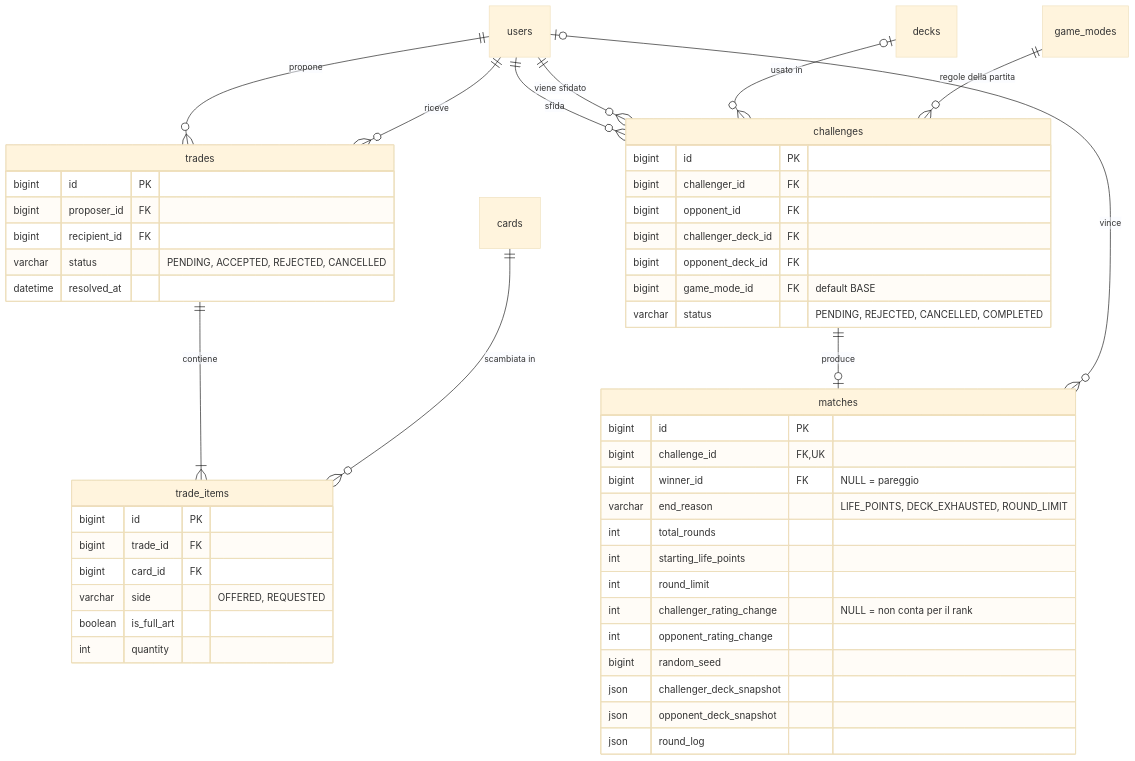
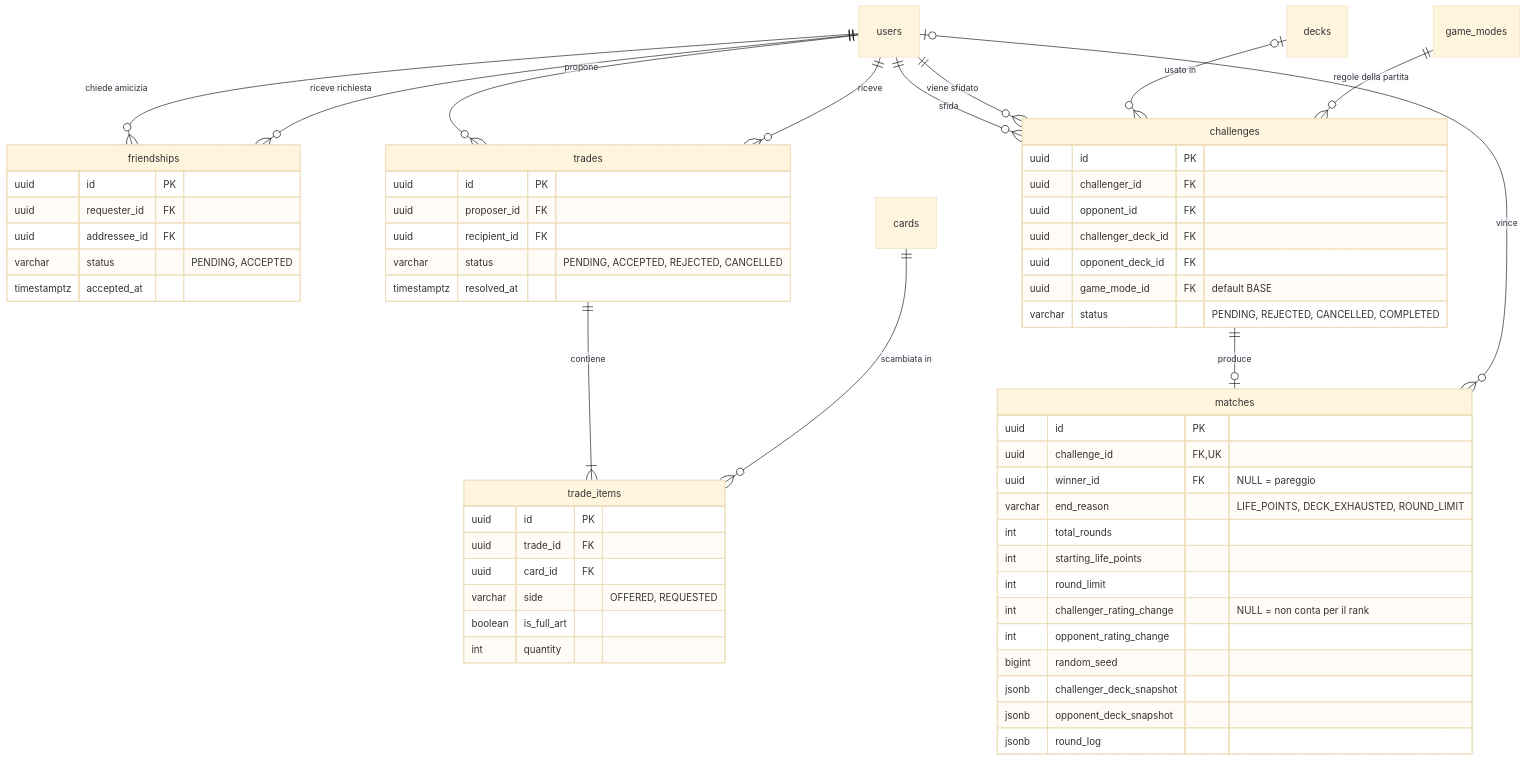
One commit to cristianpappalardoITS/LaboratorioIntegrato-Divine changed the third of 4 diagrams in docs/database/schema.md. Above: the diagram before and after it, drawn with Mermaid (base theme). The commit also changed other lines of this file and 1 other file, not shown here.

Commit message:
docs(database): passa a PostgreSQL con UUID, lista amici e Base con effetti

````diff
--- a/docs/database/schema.md
+++ b/docs/database/schema.md
@@ -254,53 +257,62 @@
 ```mermaid
 erDiagram
+    users ||--o{ friendships : "chiede amicizia"
+    users ||--o{ friendships : "riceve richiesta"
     users ||--o{ trades : "propone"
     users ||--o{ trades : "riceve"
     trades ||--|{ trade_items : "contiene"
     cards ||--o{ trade_items : "scambiata in"
     users ||--o{ challenges : "sfida"
     users ||--o{ challenges : "viene sfidato"
     decks |o--o{ challenges : "usato in"
     game_modes ||--o{ challenges : "regole della partita"
     challenges ||--o| matches : "produce"
     users |o--o{ matches : "vince"
 
+    friendships {
+        uuid id PK
+        uuid requester_id FK
+        uuid addressee_id FK
+        varchar status "PENDING, ACCEPTED"
+        timestamptz accepted_at
+    }
     trades {
-        bigint id PK
-        bigint proposer_id FK
-        bigint recipient_id FK
+        uuid id PK
+        uuid proposer_id FK
+        uuid recipient_id FK
         varchar status "PENDING, ACCEPTED, REJECTED, CANCELLED"
-        datetime resolved_at
+        timestamptz resolved_at
     }
     trade_items {
-        bigint id PK
-        bigint trade_id FK
-        bigint card_id FK
+        uuid id PK
+        uuid trade_id FK
+        uuid card_id FK
         varchar side "OFFERED, REQUESTED"
         boolean is_full_art
         int quantity
     }
     challenges {
-        bigint id PK
-        bigint challenger_id FK
-        bigint opponent_id FK
-        bigint challenger_deck_id FK
-        bigint opponent_deck_id FK
-        bigint game_mode_id FK "default BASE"
+        uuid id PK
+        uuid challenger_id FK
+        uuid opponent_id FK
+        uuid challenger_deck_id FK
+        uuid opponent_deck_id FK
+        uuid game_mode_id FK "default BASE"
         varchar status "PENDING, REJECTED, CANCELLED, COMPLETED"
     }
     matches {
-        bigint id PK
-        bigint challenge_id FK, UK
-        bigint winner_id FK "NULL = pareggio"
+        uuid id PK
+        uuid challenge_id FK, UK
+        uuid winner_id FK "NULL = pareggio"
         varchar end_reason "LIFE_POINTS, DECK_EXHAUSTED, ROUND_LIMIT"
         int total_rounds
         int starting_life_points
         int round_limit
         int challenger_rating_change "NULL = non conta per il rank"
         int opponent_rating_change
         bigint random_seed
-        json challenger_deck_snapshot
-        json opponent_deck_snapshot
-        json round_log
+        jsonb challenger_deck_snapshot
+        jsonb opponent_deck_snapshot
+        jsonb round_log
     }
 ```
````
